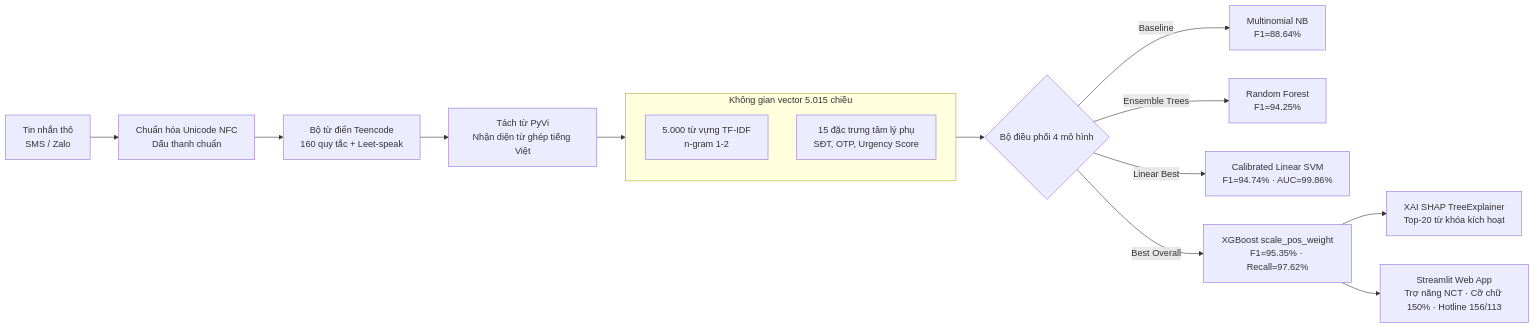
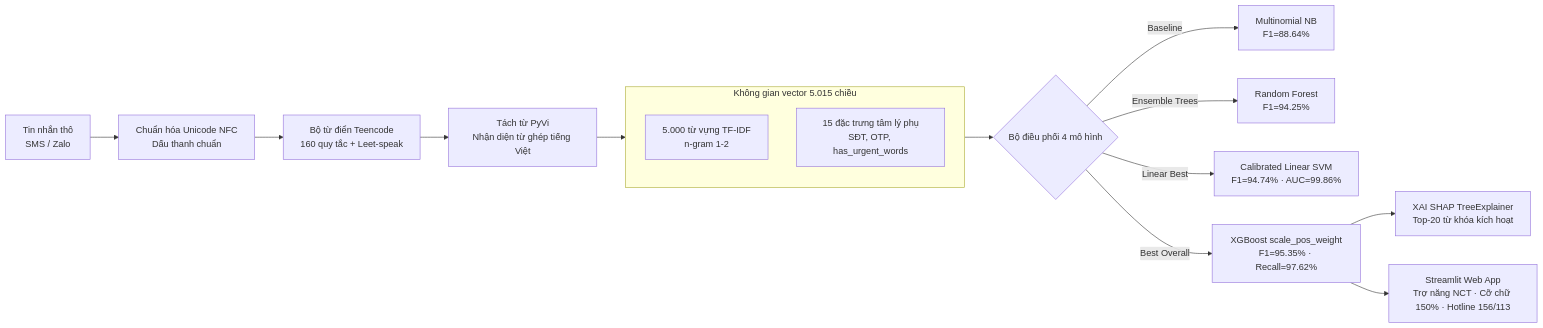
The diagram in draft/scam-detection/reports/slides/scripts/script.md (uit-25730067-chithanh/CS114-Team10-Elderly-Scam-Detection), drawn with Mermaid before and after one commit. The commit also changed other lines of this file, not shown here.

````diff
--- a/draft/scam-detection/reports/slides/scripts/script.md
+++ b/draft/scam-detection/reports/slides/scripts/script.md
@@ -53,21 +53,21 @@
 ```mermaid
 flowchart LR
     A[Tin nhắn thô<br/>SMS / Zalo] --> B[Chuẩn hóa Unicode NFC<br/>Dấu thanh chuẩn]
     B --> C[Bộ từ điển Teencode<br/>160 quy tắc + Leet-speak]
     C --> D[Tách từ PyVi<br/>Nhận diện từ ghép tiếng Việt]
     D --> E[Trích xuất Đặc trưng<br/>Zero-Leakage Protocol]
     
     subgraph E [Không gian vector 5.015 chiều]
         E1[5.000 từ vựng TF-IDF<br/>n-gram 1-2]
-        E2[15 đặc trưng tâm lý phụ<br/>SĐT, OTP, Urgency Score]
+        E2[15 đặc trưng tâm lý phụ<br/>SĐT, OTP, has_urgent_words]
     end
     
     E --> F{Bộ điều phối 4 mô hình}
     F -->|Baseline| G[Multinomial NB<br/>F1=88.64%]
     F -->|Ensemble Trees| H[Random Forest<br/>F1=94.25%]
     F -->|Linear Best| I[Calibrated Linear SVM<br/>F1=94.74% · AUC=99.86%]
     F -->|Best Overall| J[XGBoost scale_pos_weight<br/>F1=95.35% · Recall=97.62%]
     
     J --> K[XAI SHAP TreeExplainer<br/>Top-20 từ khóa kích hoạt]
     J --> L[Streamlit Web App<br/>Trợ năng NCT · Cỡ chữ 150% · Hotline 156/113]
 ```
````
